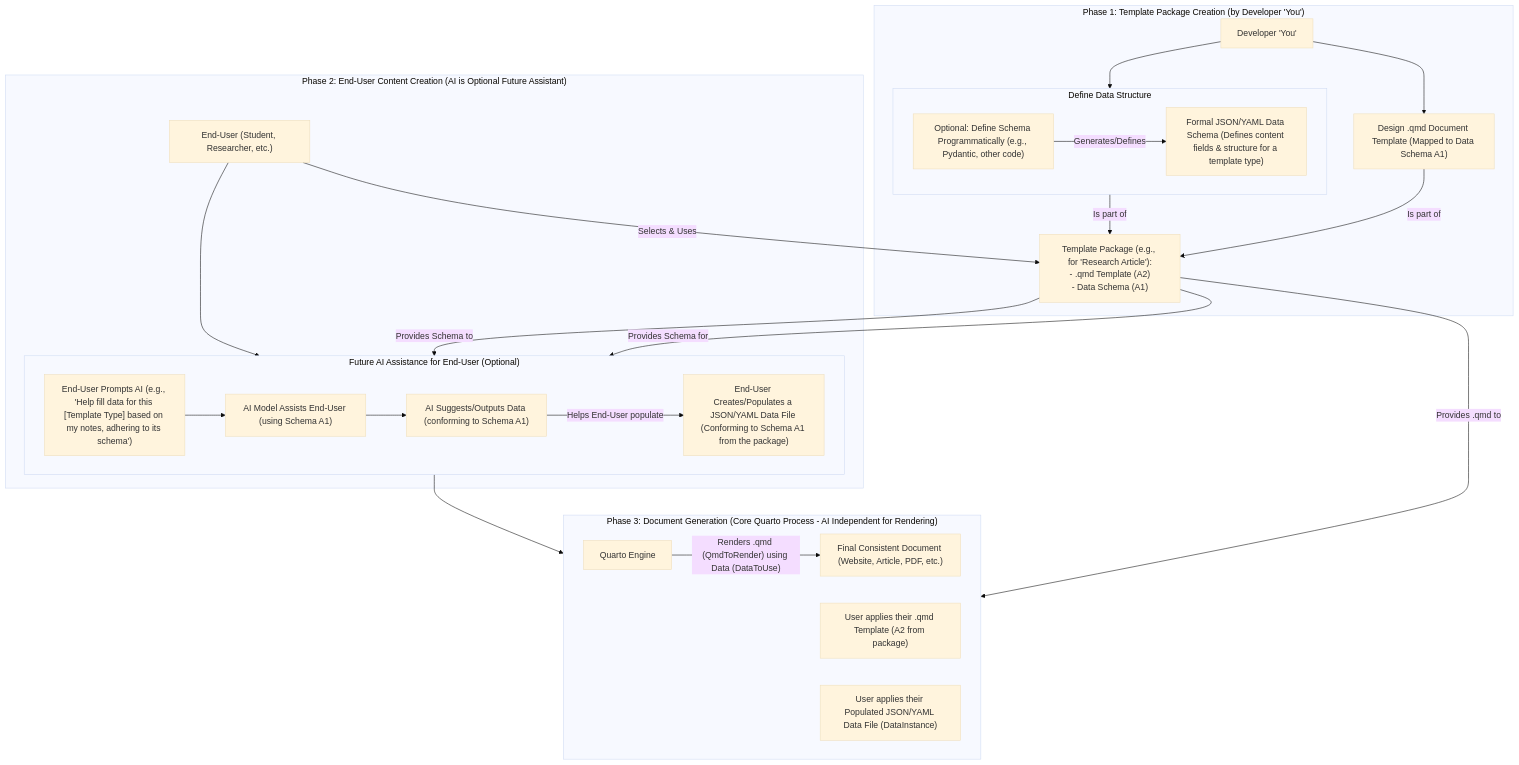
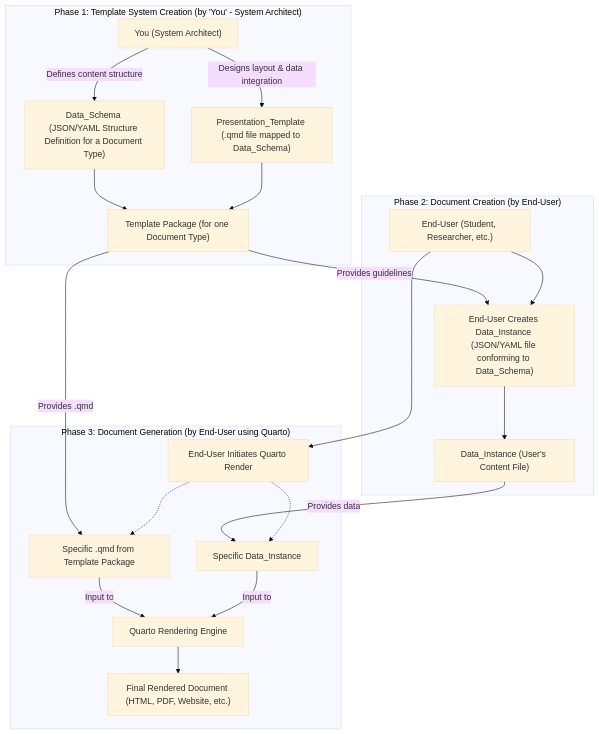
The diagram in README.md (Value-Chain-Hackers/Templates-Yaml), drawn with Mermaid (base theme) before and after one commit.

````diff
--- a/README.md
+++ b/README.md
@@ -1,58 +1,40 @@
 ```mermaid
 graph TD
-    subgraph "Phase 1: Template Package Creation (by Developer 'You')"
-        Developer["Developer 'You'"]
+    subgraph "Phase 1: Template System Creation (by 'You' - System Architect)"
+        Architect["You (System Architect)"]
+
+        Architect -- "Defines content structure" --> DataSchema["Data_Schema (JSON/YAML Structure Definition for a Document Type)"]
+        Architect -- "Designs layout & data integration" --> QmdTemplate["Presentation_Template (.qmd file mapped to Data_Schema)"]
         
-        subgraph "Define Data Structure"
-            direction LR
-            PydanticOrCode["Optional: Define Schema Programmatically (e.g., Pydantic, other code)"]
-            A1["Formal JSON/YAML Data Schema (Defines content fields & structure for a template type)"]
-            PydanticOrCode -->|Generates/Defines| A1
-        end
-
-        A2["Design .qmd Document Template (Mapped to Data Schema A1)"]
-        
-        TemplatePackage["Template Package (e.g., for 'Research Article'):\n- .qmd Template (A2)\n- Data Schema (A1)"]
-
-        Developer --> PydanticOrCode
-        Developer --> A2
-        A1 -->|Is part of| TemplatePackage
-        A2 -->|Is part of| TemplatePackage
+        DataSchema --> TemplatePackage["Template Package (for one Document Type)"]
+        QmdTemplate --> TemplatePackage
     end
 
-    subgraph "Phase 2: End-User Content Creation (AI is Optional Future Assistant)"
+    subgraph "Phase 2: Document Creation (by End-User)"
         EndUser["End-User (Student, Researcher, etc.)"]
         
-        EndUser -- "Selects & Uses" --> TemplatePackage
-
-        DataInstance["End-User Creates/Populates a JSON/YAML Data File (Conforming to Schema A1 from the package)"]
-        TemplatePackage -->|Provides Schema for| DataInstance
-        EndUser --> DataInstance
+        TemplatePackage -- "Provides guidelines" --> CreateDataInstance["End-User Creates Data_Instance (JSON/YAML file conforming to Data_Schema)"]
+        EndUser --> CreateDataInstance
         
-        subgraph "Future AI Assistance for End-User (Optional)"
-            direction LR
-            AI_Prompt["End-User Prompts AI (e.g., 'Help fill data for this [Template Type] based on my notes, adhering to its schema')"]
-            AI_Process["AI Model Assists End-User (using Schema A1)"]
-            AI_Output["AI Suggests/Outputs Data (conforming to Schema A1)"]
-            TemplatePackage -->|Provides Schema to| AI_Process
-            AI_Prompt --> AI_Process
-            AI_Process --> AI_Output
-            AI_Output -->|Helps End-User populate| DataInstance
-        end
+        DataInstance["Data_Instance (User's Content File)"]
+        CreateDataInstance --> DataInstance
     end
 
-    subgraph "Phase 3: Document Generation (Core Quarto Process - AI Independent for Rendering)"
-        direction LR
-        QuartoEngine["Quarto Engine"]
+    subgraph "Phase 3: Document Generation (by End-User using Quarto)"
+        QuartoEngine["Quarto Rendering Engine"]
         
-        QmdToRender["User applies their .qmd Template (A2 from package)"]
-        DataToUse["User applies their Populated JSON/YAML Data File (DataInstance)"]
+        RenderProcess["End-User Initiates Quarto Render"]
+        EndUser --> RenderProcess
+
+        TemplatePackage -- "Provides .qmd" --> QmdToRender["Specific .qmd from Template Package"]
+        DataInstance -- "Provides data" --> DataToRender["Specific Data_Instance"]
         
-        RenderedOutput["Final Consistent Document (Website, Article, PDF, etc.)"]
+        RenderProcess -.-> QmdToRender
+        RenderProcess -.-> DataToRender
 
-        TemplatePackage -->|Provides .qmd to| QmdToRender
-        DataInstance --> DataToUse
-
-        QuartoEngine -- "Renders .qmd (QmdToRender) using Data (DataToUse)" --> RenderedOutput
+        QmdToRender -->|Input to| QuartoEngine
+        DataToRender -->|Input to| QuartoEngine
+        
+        QuartoEngine --> FinalDocument["Final Rendered Document (HTML, PDF, Website, etc.)"]
     end
 ``` 
````
